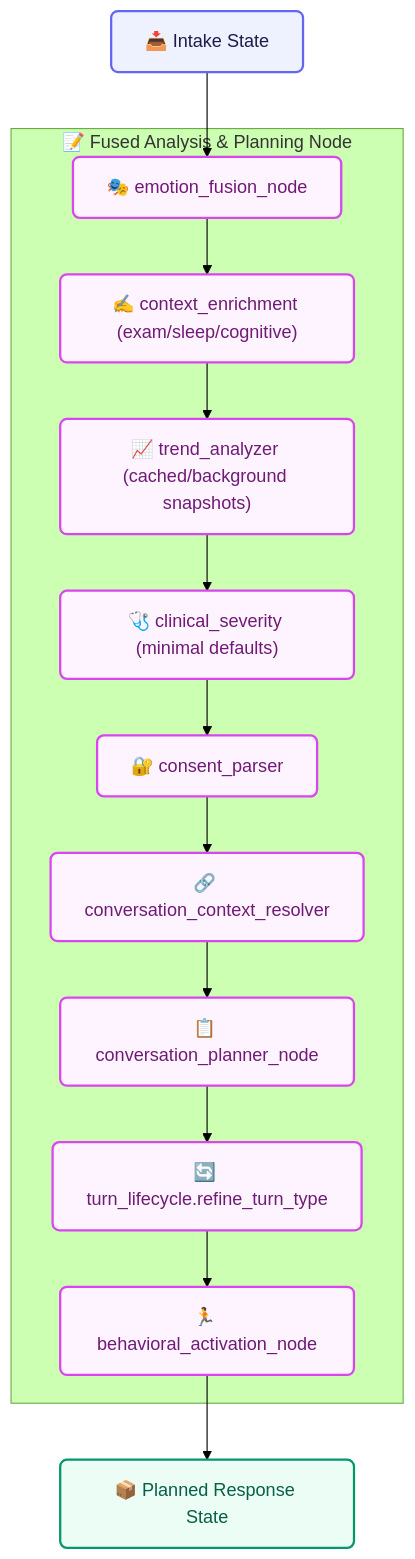
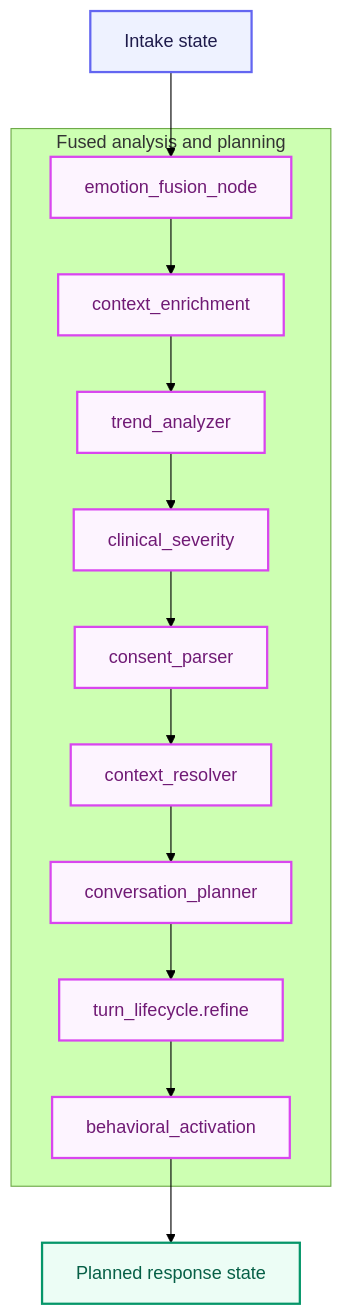
Before and after one commit to taha-mehmood-03/Personlaized-Trainer-Using-Agentic-AI: the seventh of 18 diagrams in README.md, drawn with Mermaid (forest theme). The commit also changed other lines of this file and 36 other files, not shown here.

````diff
--- a/README.md
+++ b/README.md
@@ -485,34 +620,24 @@
 ```mermaid
 flowchart TD
-    %% Class Definitions
-    classDef state fill:#EEF2FF,stroke:#6366F1,stroke-width:2px,color:#1E1B4B,rx:6px,ry:6px;
-    classDef subnode fill:#FDF4FF,stroke:#D946EF,stroke-width:2px,color:#701A75,rx:6px,ry:6px;
-    classDef output fill:#ECFDF5,stroke:#059669,stroke-width:2px,color:#065F46,rx:6px,ry:6px;
+    classDef state fill:#EEF2FF,stroke:#6366F1,stroke-width:2px,color:#1E1B4B
+    classDef subnode fill:#FDF4FF,stroke:#D946EF,stroke-width:2px,color:#701A75
+    classDef output fill:#ECFDF5,stroke:#059669,stroke-width:2px,color:#065F46
 
-    IntakeState["📥 Intake State"]:::state
-    
-    subgraph FusedPlanning["📝 Fused Analysis & Planning Node"]
-        Fusion["🎭 emotion_fusion_node"]:::subnode
-        ContextEnrich["✍️ context_enrichment (exam/sleep/cognitive)"]:::subnode
-        Trend["📈 trend_analyzer (cached/background snapshots)"]:::subnode
-        Clinical["🩺 clinical_severity (minimal defaults)"]:::subnode
-        Consent["🔐 consent_parser"]:::subnode
-        Resolver["🔗 conversation_context_resolver"]:::subnode
-        Planner["📋 conversation_planner_node"]:::subnode
-        Lifecycle["🔄 turn_lifecycle.refine_turn_type"]:::subnode
-        Activation["🏃 behavioral_activation_node"]:::subnode
+    IntakeState["Intake state"]:::state
+
+    subgraph FusedPlanning["Fused analysis and planning"]
+        Fusion["emotion_fusion_node"]:::subnode
+        ContextEnrich["context_enrichment"]:::subnode
+        Trend["trend_analyzer"]:::subnode
+        Clinical["clinical_severity"]:::subnode
+        Consent["consent_parser"]:::subnode
+        Resolver["context_resolver"]:::subnode
+        Planner["conversation_planner"]:::subnode
+        Lifecycle["turn_lifecycle.refine"]:::subnode
+        Activation["behavioral_activation"]:::subnode
     end
-    
-    PlannedState["📦 Planned Response State"]:::output
 
-    IntakeState --> Fusion
-    Fusion --> ContextEnrich
-    ContextEnrich --> Trend
-    Trend --> Clinical
-    Clinical --> Consent
-    Consent --> Resolver
-    Resolver --> Planner
-    Planner --> Lifecycle
-    Lifecycle --> Activation
-    Activation --> PlannedState
+    PlannedState["Planned response state"]:::output
+
+    IntakeState --> Fusion --> ContextEnrich --> Trend --> Clinical --> Consent --> Resolver --> Planner --> Lifecycle --> Activation --> PlannedState
 ```
````
